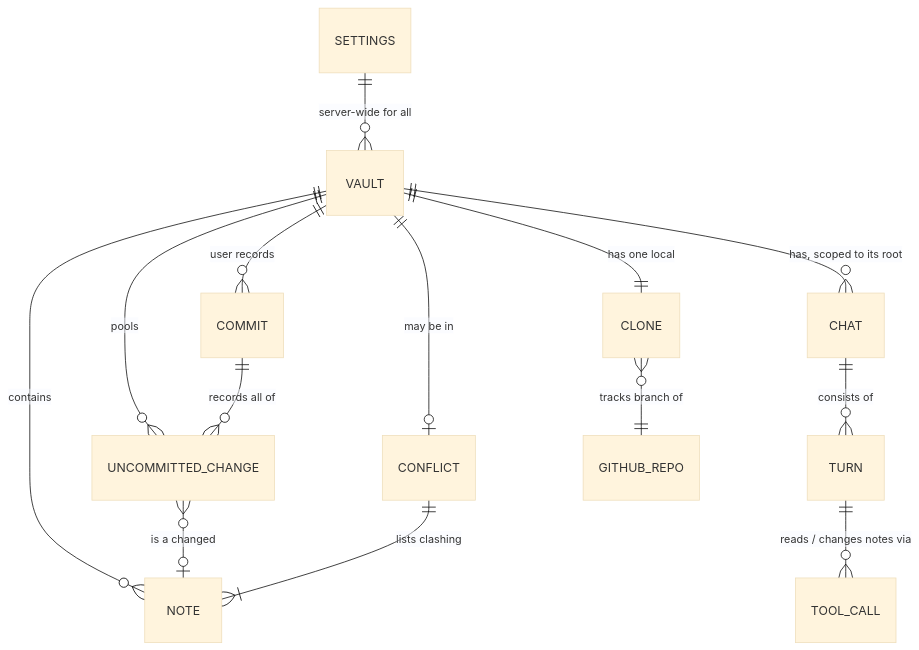
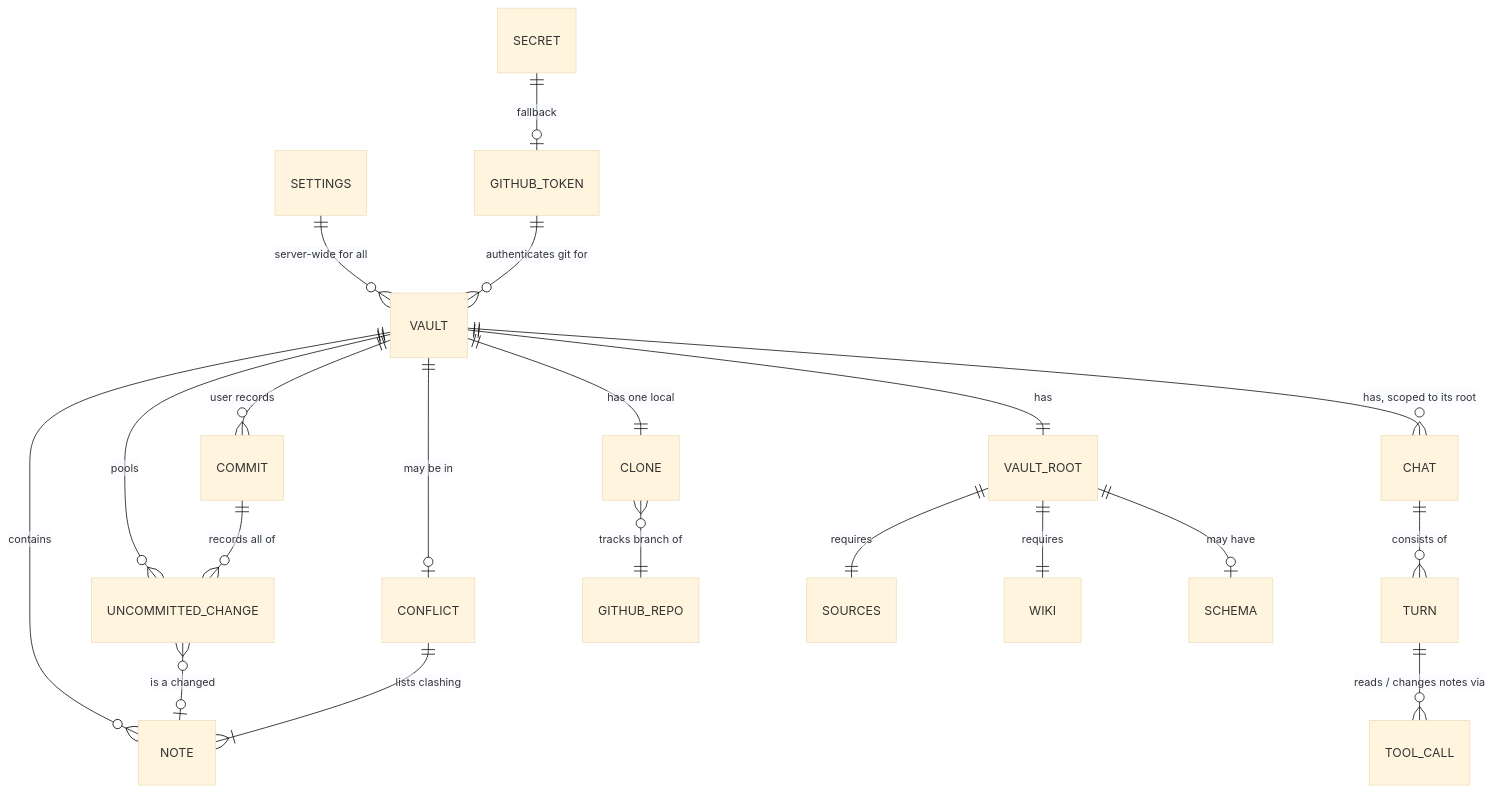
Before and after one commit to tillg/karpathy.ai: the first of 4 diagrams in specs/system/domain.md, drawn with Mermaid (base theme). The commit also changed other lines of this file and 134 other files, not shown here.

````diff
--- a/specs/system/domain.md
+++ b/specs/system/domain.md
@@ -68,16 +78,22 @@
 ```mermaid
 erDiagram
   SETTINGS ||--o{ VAULT : "server-wide for all"
   VAULT ||--|| CLONE : "has one local"
   VAULT ||--o{ NOTE : contains
   VAULT ||--o{ CHAT : "has, scoped to its root"
   CHAT ||--o{ TURN : "consists of"
   TURN ||--o{ TOOL_CALL : "reads / changes notes via"
   VAULT ||--o{ UNCOMMITTED_CHANGE : pools
   UNCOMMITTED_CHANGE }o--o| NOTE : "is a changed"
   VAULT ||--o{ COMMIT : "user records"
   COMMIT ||--o{ UNCOMMITTED_CHANGE : "records all of"
   VAULT ||--o| CONFLICT : "may be in"
   CONFLICT ||--|{ NOTE : "lists clashing"
   CLONE }o--|| GITHUB_REPO : "tracks branch of"
+  GITHUB_TOKEN ||--o{ VAULT : "authenticates git for"
+  SECRET ||--o| GITHUB_TOKEN : "fallback"
+  VAULT ||--|| VAULT_ROOT : has
+  VAULT_ROOT ||--|| SOURCES : "requires"
+  VAULT_ROOT ||--|| WIKI : "requires"
+  VAULT_ROOT ||--o| SCHEMA : "may have"
 ```
````
